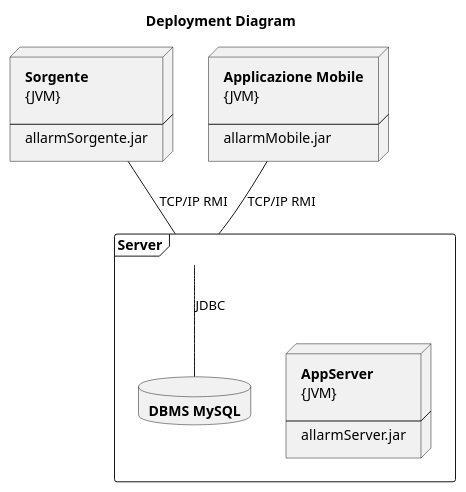
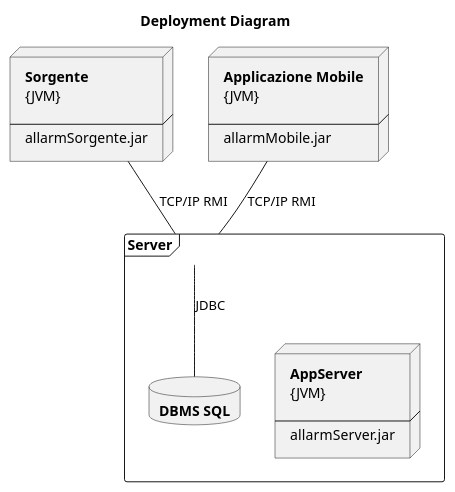
The diagram in docs/diagrams/deployment.puml (xFA25E/sweng_14_2019), drawn with PlantUML before and after one commit.

```diff
--- a/docs/diagrams/deployment.puml
+++ b/docs/diagrams/deployment.puml
@@ -1,36 +1,36 @@
 @startuml
 title Deployment Diagram
 
 node Sorgente  [
 <b>Sorgente
 {JVM}
 
 ---
 allarmSorgente.jar
 ]
 
 node AppMobile[
 <b>Applicazione Mobile
 {JVM}
 
 ---
 allarmMobile.jar
 ]
 
 frame Server {
     node Server [
     <b>AppServer
     {JVM}
 
     ---
     allarmServer.jar
     ]
     database DB [
-    <b>DBMS MySQL
+    <b>DBMS SQL
     ]
 }
 
 Sorgente -- Server : TCP/IP RMI
 AppMobile -- Server : TCP/IP RMI
 Server -- DB : JDBC
 @enduml
```
